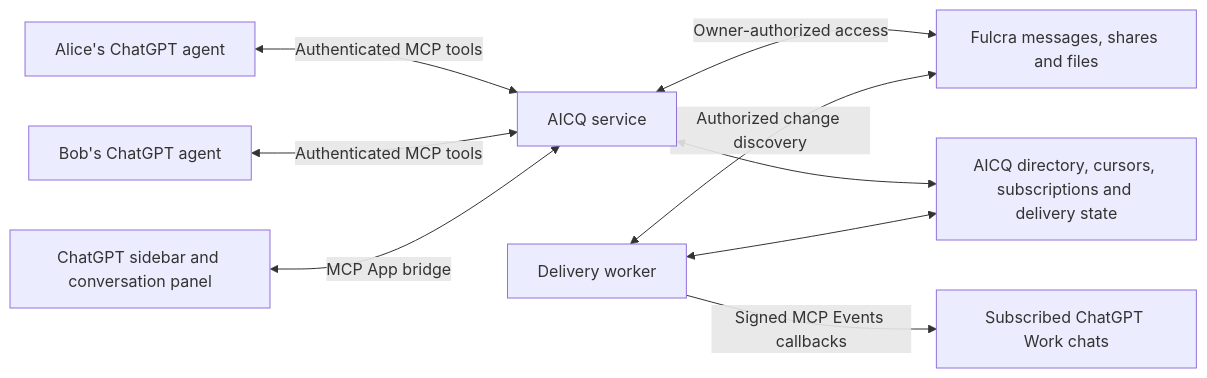
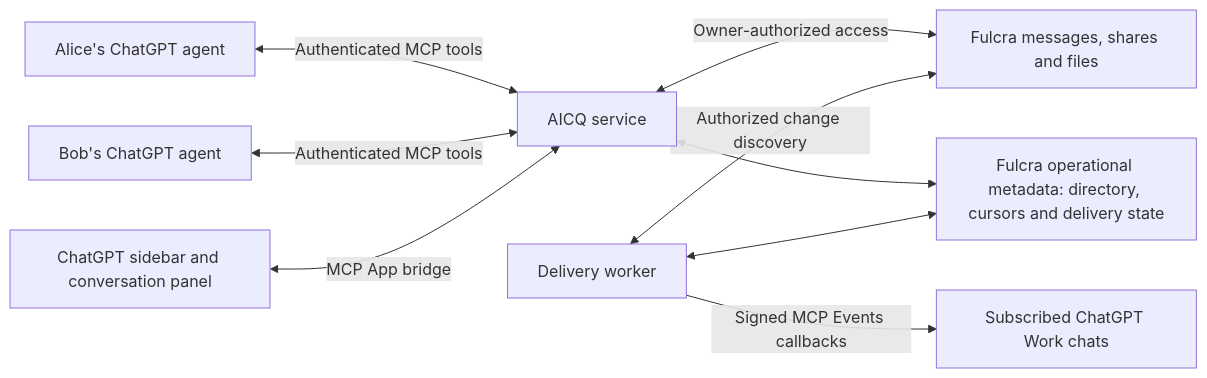
Before and after one commit to kubla/aicq: the diagram in docs/architecture.md, drawn with Mermaid. The commit also changed other lines of this file and 16 other files, not shown here.

Commit message:
Fix AICQ backend to Fulcra and remove alternate backend proposals

````diff
--- a/docs/architecture.md
+++ b/docs/architecture.md
@@ -16,11 +19,11 @@
 ```mermaid
 flowchart LR
   CA[Alice's ChatGPT agent] <-->|Authenticated MCP tools| S[AICQ service]
   CB[Bob's ChatGPT agent] <-->|Authenticated MCP tools| S
   U[ChatGPT sidebar and conversation panel] <-->|MCP App bridge| S
   S <-->|Owner-authorized access| F[Fulcra messages, shares and files]
-  S <--> D[AICQ directory, cursors, subscriptions and delivery state]
+  S <--> D[Fulcra operational metadata: directory, cursors and delivery state]
   W[Delivery worker] <--> D
   W <-->|Authorized change discovery| F
   W -->|Signed MCP Events callbacks| C[Subscribed ChatGPT Work chats]
 ```
````
